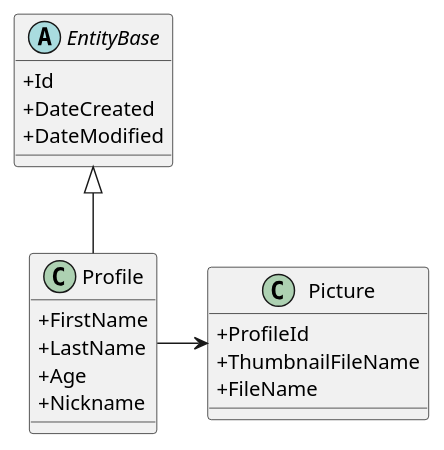
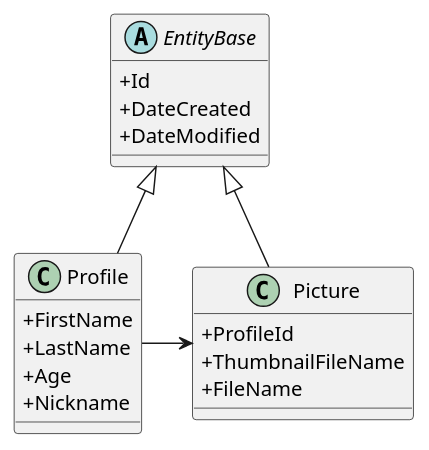
Before and after one commit to xiillii/ApiProfiles: the diagram in docs/entities.wsd, drawn with PlantUML. The commit also changed 2 other files, not shown here.

Commit message:
Fix Entities diagram

```diff
--- a/docs/entities.wsd
+++ b/docs/entities.wsd
@@ -1,27 +1,27 @@
 @startuml Entities
 
 skinparam ClassAttributeIconSize 0
 
 abstract class EntityBase {
   + Id
   + DateCreated
   + DateModified
 }
 
 class Profile extends EntityBase {
   + FirstName
   + LastName
   + Age
   + Nickname
 }
 
-class Picture {
+class Picture extends EntityBase {
   + ProfileId
   + ThumbnailFileName
   + FileName
 }
 
 Profile -> Picture
 
 
 @enduml
```
